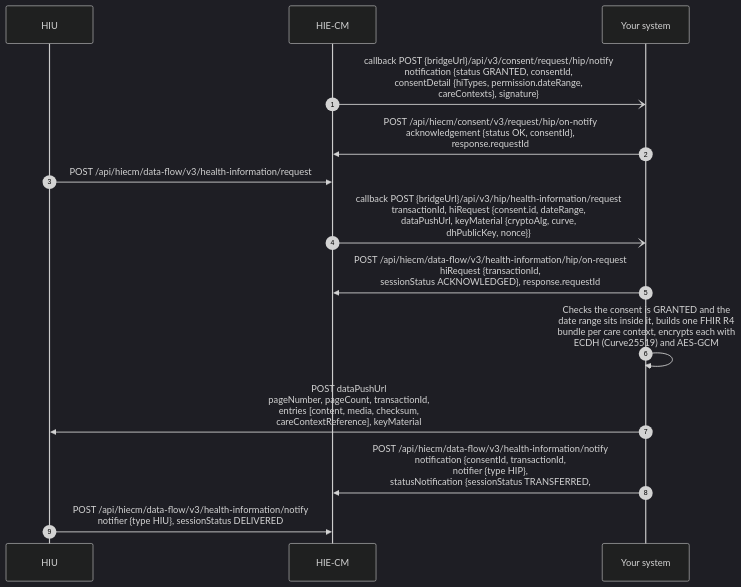
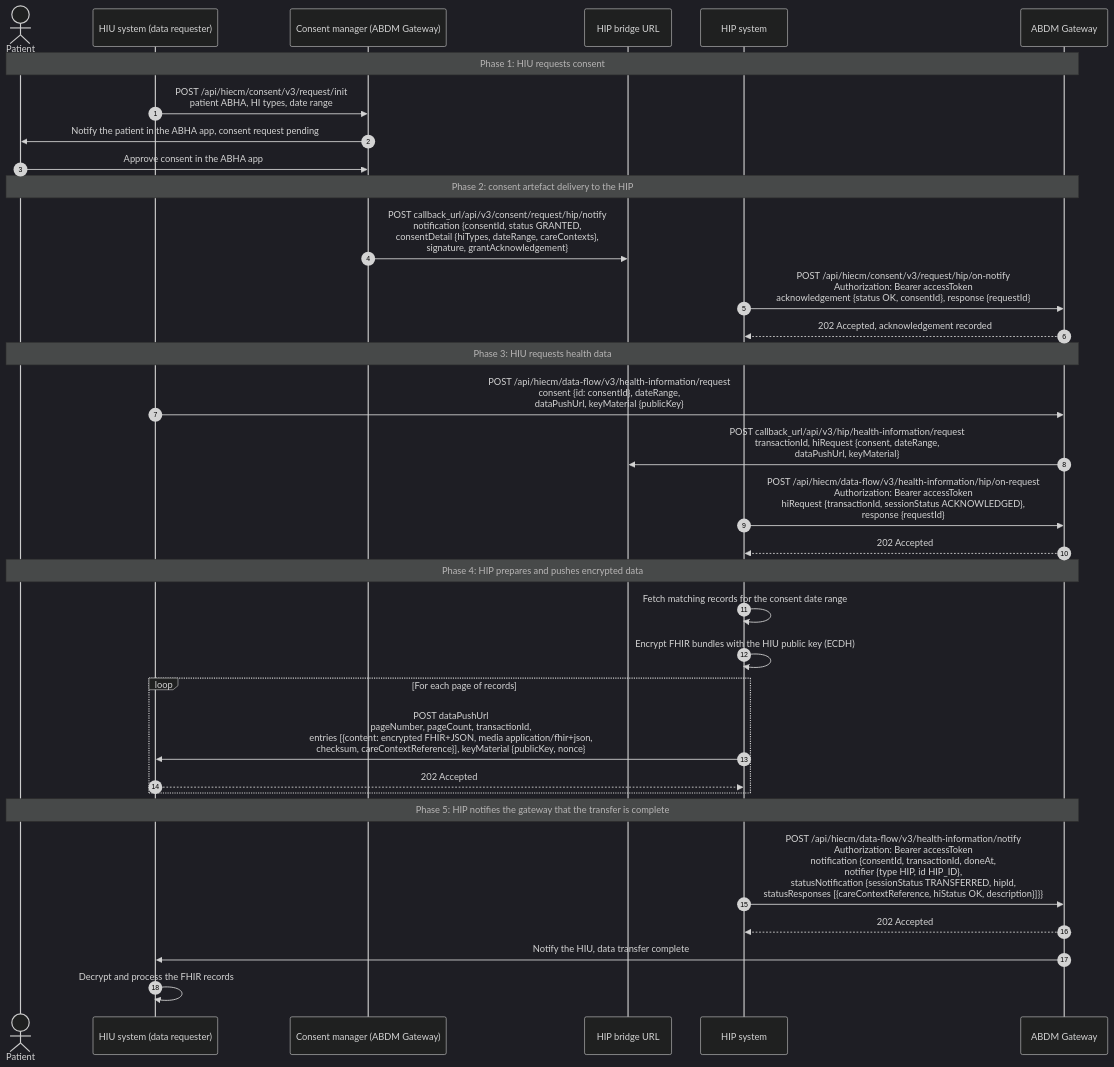
The third of 3 diagrams in site/docs/hiecm/v3/milestones/m2.mdx (nha-in/docs), drawn with Mermaid (dark theme) before and after one commit. The commit also changed other lines of this file, not shown here.

First line of the commit message:
docs: the M2 milestone page carries NHA's final feedback of 22 September and nothing else

````diff
--- a/site/docs/hiecm/v3/milestones/m2.mdx
+++ b/site/docs/hiecm/v3/milestones/m2.mdx
@@ -379,16 +282,35 @@
 ```mermaid
 sequenceDiagram
     autonumber
-    participant U as HIU
-    participant CM as HIE-CM
-    participant S as Your system
-    CM-)S: callback POST {bridgeUrl}/api/v3/consent/request/hip/notify<br/>notification {status GRANTED, consentId,<br/>consentDetail {hiTypes, permission.dateRange,<br/>careContexts}, signature}
-    S->>CM: POST /api/hiecm/consent/v3/request/hip/on-notify<br/>acknowledgement {status OK, consentId},<br/>response.requestId
-    U->>CM: POST /api/hiecm/data-flow/v3/health-information/request
-    CM-)S: callback POST {bridgeUrl}/api/v3/hip/health-information/request<br/>transactionId, hiRequest {consent.id, dateRange,<br/>dataPushUrl, keyMaterial {cryptoAlg, curve,<br/>dhPublicKey, nonce}}
-    S->>CM: POST /api/hiecm/data-flow/v3/health-information/hip/on-request<br/>hiRequest {transactionId,<br/>sessionStatus ACKNOWLEDGED}, response.requestId
-    S->>S: Checks the consent is GRANTED and the<br/>date range sits inside it, builds one FHIR R4<br/>bundle per care context, encrypts each with<br/>ECDH (Curve25519) and AES-GCM
-    S->>U: POST dataPushUrl<br/>pageNumber, pageCount, transactionId,<br/>entries [content, media, checksum,<br/>careContextReference], keyMaterial
-    S->>CM: POST /api/hiecm/data-flow/v3/health-information/notify<br/>notification {consentId, transactionId,<br/>notifier {type HIP},<br/>statusNotification {sessionStatus TRANSFERRED,
-    U->>CM: POST /api/hiecm/data-flow/v3/health-information/notify<br/>notifier {type HIU}, sessionStatus DELIVERED
+    actor U as Patient
+    participant H as HIU system (data requester)
+    participant CM as Consent manager (ABDM Gateway)
+    participant B as HIP bridge URL
+    participant S as HIP system
+    participant G as ABDM Gateway
+    Note over U,G: Phase 1: HIU requests consent
+    H->>CM: POST /api/hiecm/consent/v3/request/init<br/>patient ABHA, HI types, date range
+    CM->>U: Notify the patient in the ABHA app, consent request pending
+    U->>CM: Approve consent in the ABHA app
+    Note over U,G: Phase 2: consent artefact delivery to the HIP
+    CM->>B: POST callback_url/api/v3/consent/request/hip/notify<br/>notification {consentId, status GRANTED,<br/>consentDetail {hiTypes, dateRange, careContexts},<br/>signature, grantAcknowledgement}
+    S->>G: POST /api/hiecm/consent/v3/request/hip/on-notify<br/>Authorization: Bearer accessToken<br/>acknowledgement {status OK, consentId}, response {requestId}
+    G-->>S: 202 Accepted, acknowledgement recorded
+    Note over U,G: Phase 3: HIU requests health data
+    H->>G: POST /api/hiecm/data-flow/v3/health-information/request<br/>consent {id: consentId}, dateRange,<br/>dataPushUrl, keyMaterial {publicKey}
+    G->>B: POST callback_url/api/v3/hip/health-information/request<br/>transactionId, hiRequest {consent, dateRange,<br/>dataPushUrl, keyMaterial}
+    S->>G: POST /api/hiecm/data-flow/v3/health-information/hip/on-request<br/>Authorization: Bearer accessToken<br/>hiRequest {transactionId, sessionStatus ACKNOWLEDGED},<br/>response {requestId}
+    G-->>S: 202 Accepted
+    Note over U,G: Phase 4: HIP prepares and pushes encrypted data
+    S->>S: Fetch matching records for the consent date range
+    S->>S: Encrypt FHIR bundles with the HIU public key (ECDH)
+    loop For each page of records
+        S->>H: POST dataPushUrl<br/>pageNumber, pageCount, transactionId,<br/>entries [{content: encrypted FHIR+JSON, media application/fhir+json,<br/>checksum, careContextReference}], keyMaterial {publicKey, nonce}
+        H-->>S: 202 Accepted
+    end
+    Note over U,G: Phase 5: HIP notifies the gateway that the transfer is complete
+    S->>G: POST /api/hiecm/data-flow/v3/health-information/notify<br/>Authorization: Bearer accessToken<br/>notification {consentId, transactionId, doneAt,<br/>notifier {type HIP, id HIP_ID},<br/>statusNotification {sessionStatus TRANSFERRED, hipId,<br/>statusResponses [{careContextReference, hiStatus OK, description}]}}
+    G-->>S: 202 Accepted
+    G->>H: Notify the HIU, data transfer complete
+    H->>H: Decrypt and process the FHIR records
 ```
````
